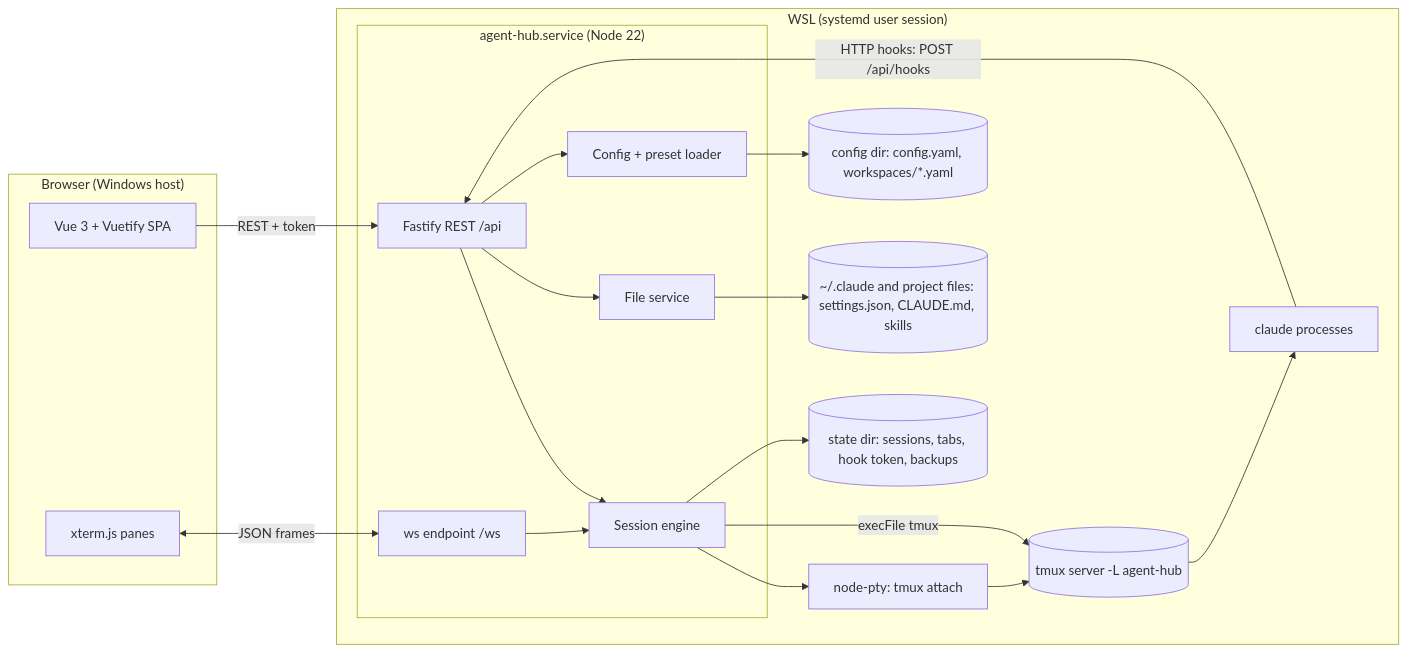
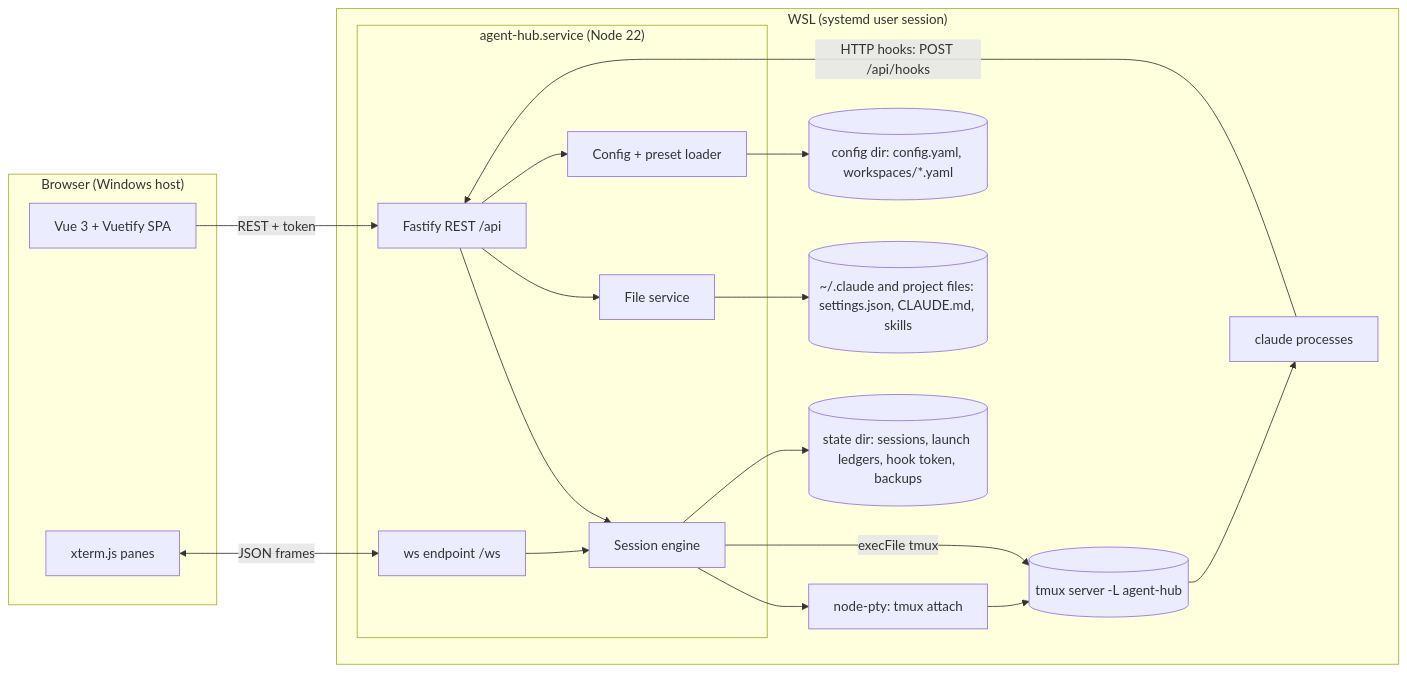
The first of 7 diagrams in docs/architecture.md (Dev-Sebi/Paneful-Manager), drawn with Mermaid before and after one commit. The commit also changed other lines of this file and 4 other files, not shown here.

````diff
--- a/docs/architecture.md
+++ b/docs/architecture.md
@@ -9,34 +9,34 @@
 ```mermaid
 flowchart LR
   subgraph Browser["Browser (Windows host)"]
     UI[Vue 3 + Vuetify SPA]
     XT[xterm.js panes]
   end
   subgraph WSL["WSL (systemd user session)"]
     subgraph Server["agent-hub.service (Node 22)"]
       HTTP[Fastify REST /api]
       WS[ws endpoint /ws]
       ENG[Session engine]
       FS[File service]
       CFG[Config + preset loader]
     end
     PTY[node-pty: tmux attach]
     TMUX[("tmux server -L agent-hub")]
     CC[claude processes]
     CONF[("config dir: config.yaml, workspaces/*.yaml")]
-    STATE[("state dir: sessions, tabs, hook token, backups")]
+    STATE[("state dir: sessions, launch ledgers, hook token, backups")]
     CLAUDE[("~/.claude and project files: settings.json, CLAUDE.md, skills")]
   end
   UI -->|"REST + token"| HTTP
   XT <-->|"JSON frames"| WS
   HTTP --> ENG
   WS --> ENG
   HTTP --> FS
   HTTP --> CFG
   ENG --> PTY --> TMUX --> CC
   ENG -->|"execFile tmux"| TMUX
   CFG --> CONF
   ENG --> STATE
   FS --> CLAUDE
   CC -->|"HTTP hooks: POST /api/hooks"| HTTP
 ```
````
